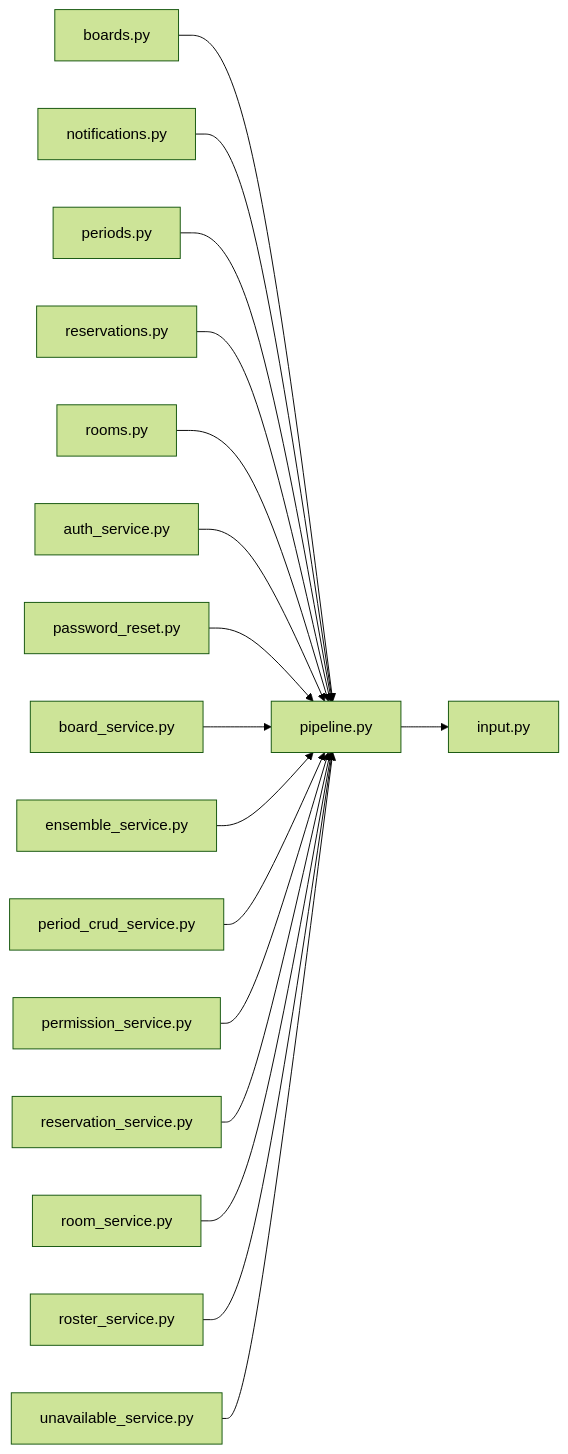
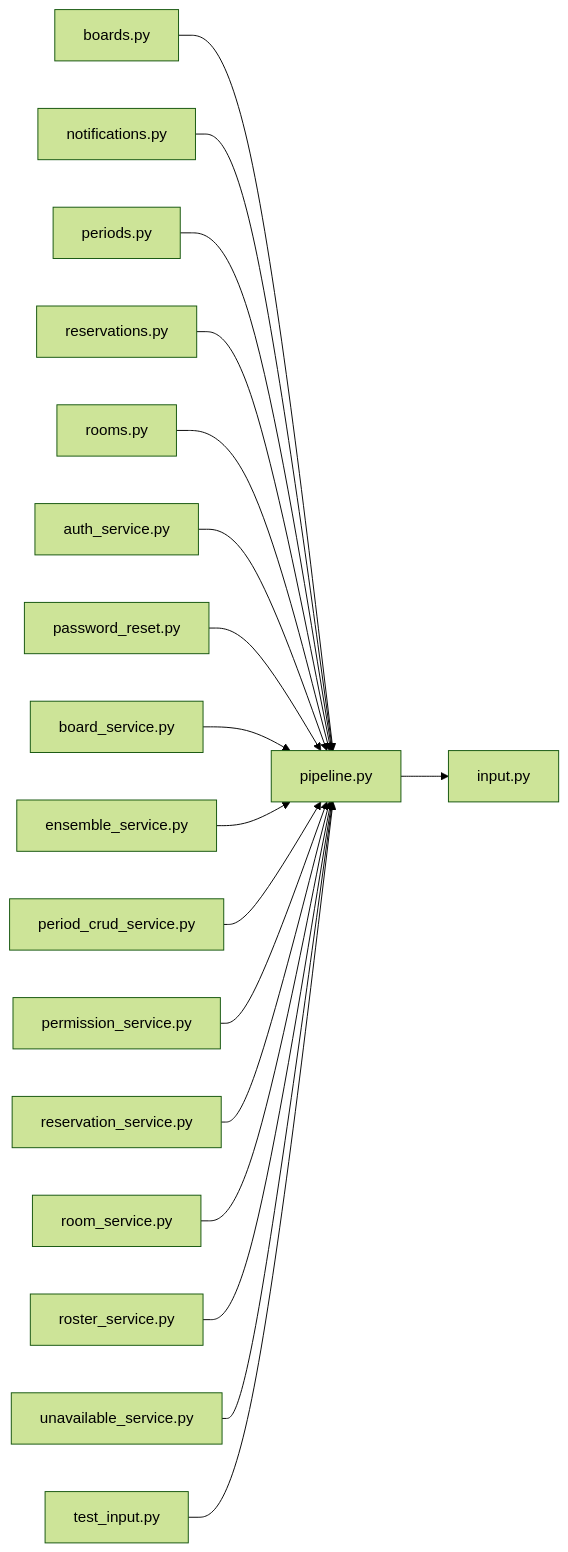
Before and after one commit to minkong-dev/Banblit: the diagram in .cluedoc/graph/backend/src/backend/services/validation/pipeline.md, drawn with Mermaid (forest theme). The commit also changed other lines of this file and 50 other files, not shown here.

First line of the commit message:
backend: keep tunable limits and call order in each module's pipeline

````diff
--- a/.cluedoc/graph/backend/src/backend/services/validation/pipeline.md
+++ b/.cluedoc/graph/backend/src/backend/services/validation/pipeline.md
@@ -10,20 +10,21 @@
 ```mermaid
 flowchart LR
   backend_src_backend_services_validation_pipeline["pipeline.py"]
   backend_src_backend_services_validation_pipeline --> backend_src_backend_services_validation_input["input.py"]
   backend_src_backend_api_routers_boards["boards.py"] --> backend_src_backend_services_validation_pipeline
   backend_src_backend_api_routers_notifications["notifications.py"] --> backend_src_backend_services_validation_pipeline
   backend_src_backend_api_routers_periods["periods.py"] --> backend_src_backend_services_validation_pipeline
   backend_src_backend_api_routers_reservations["reservations.py"] --> backend_src_backend_services_validation_pipeline
   backend_src_backend_api_routers_rooms["rooms.py"] --> backend_src_backend_services_validation_pipeline
   backend_src_backend_services_auth_auth_service["auth_service.py"] --> backend_src_backend_services_validation_pipeline
   backend_src_backend_services_auth_password_reset["password_reset.py"] --> backend_src_backend_services_validation_pipeline
   backend_src_backend_services_board_board_service["board_service.py"] --> backend_src_backend_services_validation_pipeline
   backend_src_backend_services_period_ensemble_service["ensemble_service.py"] --> backend_src_backend_services_validation_pipeline
   backend_src_backend_services_period_period_crud_service["period_crud_service.py"] --> backend_src_backend_services_validation_pipeline
   backend_src_backend_services_permission_permission_service["permission_service.py"] --> backend_src_backend_services_validation_pipeline
   backend_src_backend_services_reservation_reservation_service["reservation_service.py"] --> backend_src_backend_services_validation_pipeline
   backend_src_backend_services_room_room_service["room_service.py"] --> backend_src_backend_services_validation_pipeline
   backend_src_backend_services_roster_roster_service["roster_service.py"] --> backend_src_backend_services_validation_pipeline
   backend_src_backend_services_unavailable_unavailable_service["unavailable_service.py"] --> backend_src_backend_services_validation_pipeline
+  backend_tests_unit_test_input["test_input.py"] --> backend_src_backend_services_validation_pipeline
 ```
````
